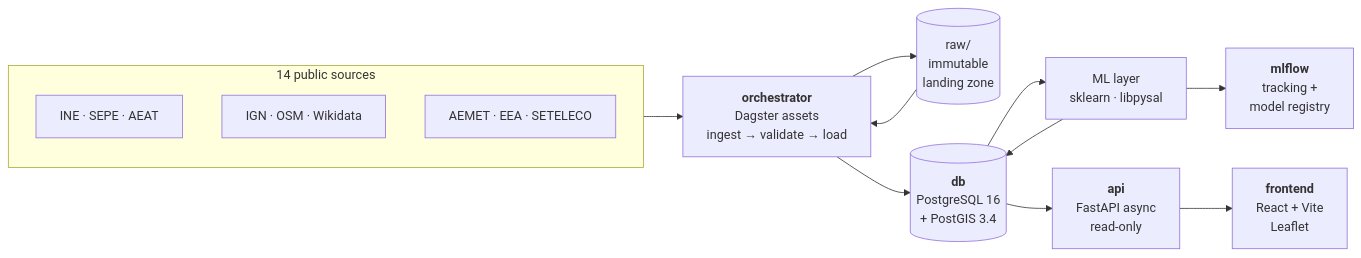
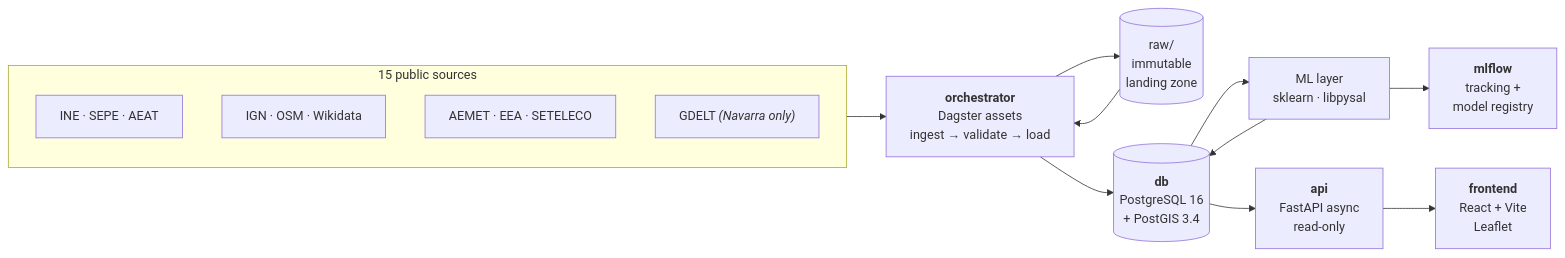
The diagram in README.md (igoikofanega/territorio-engine), drawn with Mermaid before and after one commit. The commit also changed other lines of this file and 7 other files, not shown here.

````diff
--- a/README.md
+++ b/README.md
@@ -95,26 +95,27 @@
 ```mermaid
 flowchart LR
-    subgraph fuentes["14 public sources"]
+    subgraph fuentes["15 public sources"]
         INE["INE · SEPE · AEAT"]
         GEO["IGN · OSM · Wikidata"]
         AMB["AEMET · EEA · SETELECO"]
+        NEW["GDELT <i>(Navarra only)</i>"]
     end
 
     ORQ["<b>orchestrator</b><br/>Dagster assets<br/>ingest → validate → load"]
     RAW[("raw/<br/>immutable<br/>landing zone")]
     DB[("<b>db</b><br/>PostgreSQL 16<br/>+ PostGIS 3.4")]
     ML["ML layer<br/>sklearn · libpysal"]
     MLF["<b>mlflow</b><br/>tracking +<br/>model registry"]
     API["<b>api</b><br/>FastAPI async<br/>read-only"]
     FE["<b>frontend</b><br/>React + Vite<br/>Leaflet"]
 
     fuentes --> ORQ
     ORQ --> RAW
     RAW --> ORQ
     ORQ --> DB
     DB --> ML
     ML --> MLF
     ML --> DB
     DB --> API
     API --> FE
 ```
````
